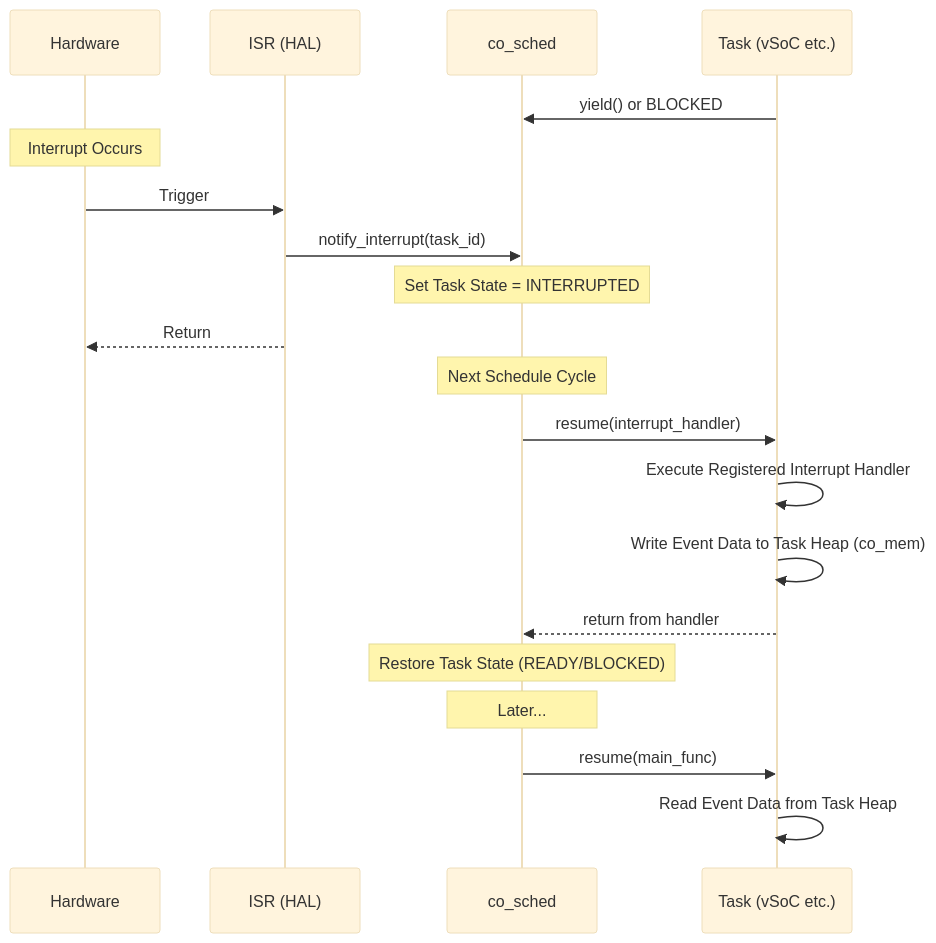
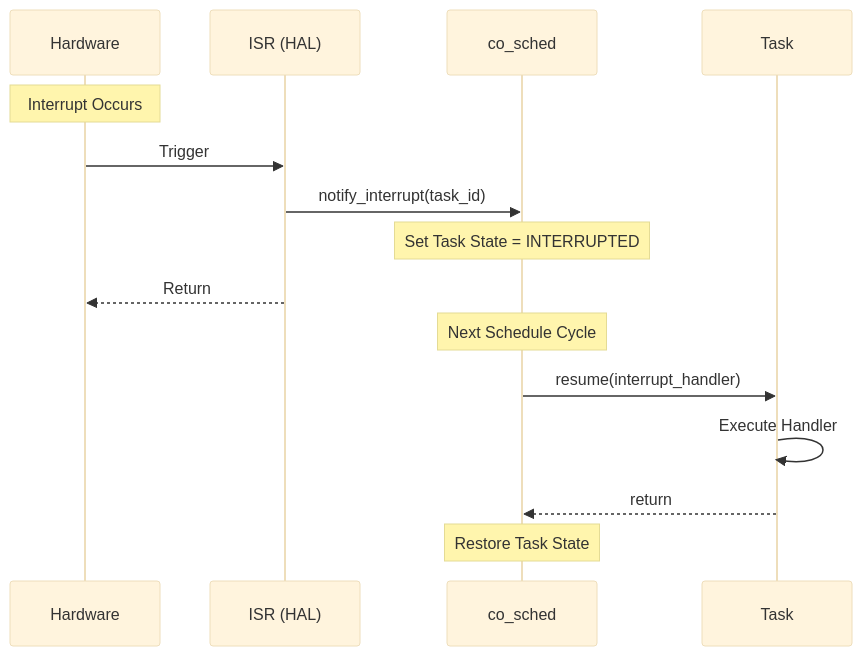
Before and after one commit to kmt-t/fireball: the third of 3 diagrams in docs/orders/components/coos.md, drawn with Mermaid (base theme). The commit also changed other lines of this file and 27 other files, not shown here.

````diff
--- a/docs/orders/components/coos.md
+++ b/docs/orders/components/coos.md
@@ -106,26 +71,19 @@
 ```mermaid
 sequenceDiagram
     participant HW as Hardware
     participant ISR as ISR (HAL)
     participant S as co_sched
-    participant T as Task (vSoC etc.)
-
-    T->>S: yield() or BLOCKED
+    participant T as Task
     
     Note over HW: Interrupt Occurs
     HW->>ISR: Trigger
     ISR->>S: notify_interrupt(task_id)
     Note over S: Set Task State = INTERRUPTED
     ISR-->>HW: Return
     
     Note over S: Next Schedule Cycle
     S->>T: resume(interrupt_handler)
-    T->>T: Execute Registered Interrupt Handler
-    T->>T: Write Event Data to Task Heap (co_mem)
-    T-->>S: return from handler
-    Note over S: Restore Task State (READY/BLOCKED)
-    
-    Note over S: Later...
-    S->>T: resume(main_func)
-    T->>T: Read Event Data from Task Heap
+    T->>T: Execute Handler
+    T-->>S: return
+    Note over S: Restore Task State
 ```
````
